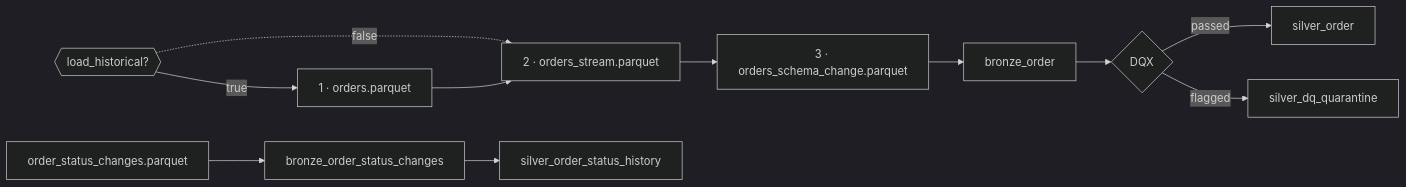
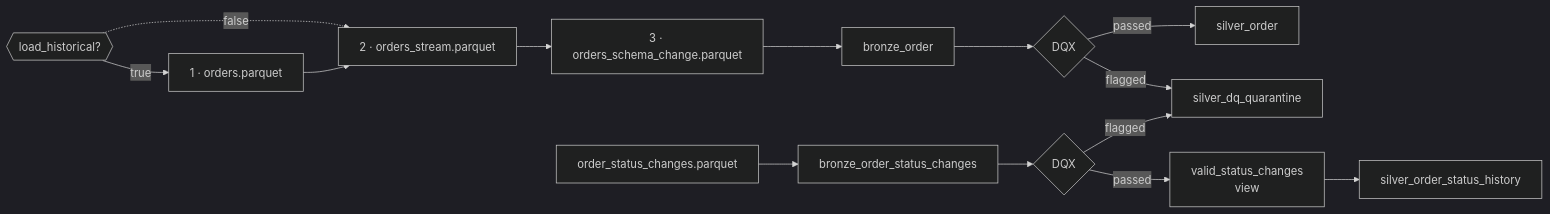
Before and after one commit to corinat/poc_databricks_updated: the first of 2 diagrams in src/flow05/README.md, drawn with Mermaid (dark theme). The commit also changed other lines of this file and 11 other files, not shown here.

````diff
--- a/src/flow05/README.md
+++ b/src/flow05/README.md
@@ -23,9 +23,11 @@
 ```mermaid
 flowchart LR
     C{{load_historical?}} -->|true| L1["1 · orders.parquet"]
     C -.->|false| L2
     L1 --> L2["2 · orders_stream.parquet"] --> L3["3 · orders_schema_change.parquet"] --> B1[bronze_order]
     B1 --> DQ{DQX} -->|passed| S1[silver_order]
     DQ -->|flagged| Q[silver_dq_quarantine]
-    P4[order_status_changes.parquet] --> B2[bronze_order_status_changes] --> S2[silver_order_status_history]
+    P4[order_status_changes.parquet] --> B2[bronze_order_status_changes] --> DQ2{DQX}
+    DQ2 -->|passed| V2[valid_status_changes<br/>view] --> S2[silver_order_status_history]
+    DQ2 -->|flagged| Q
 ```
````
